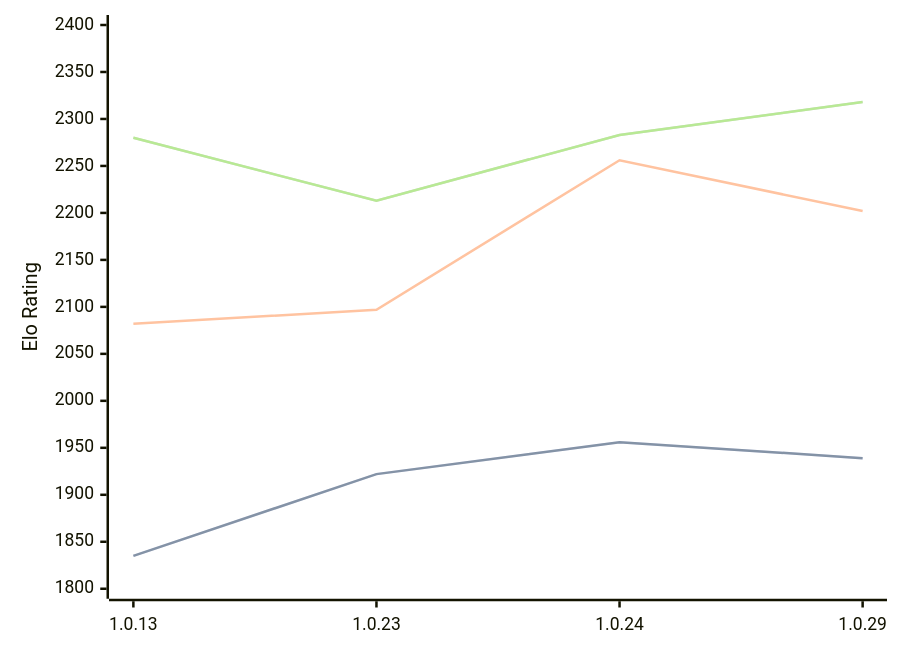
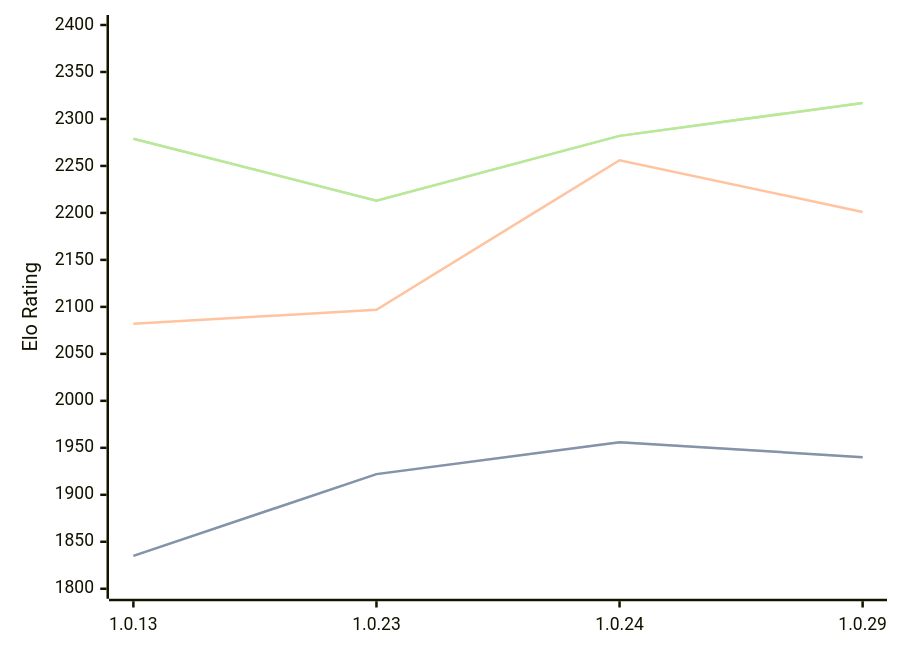
Before and after one commit to computer-chess-index/cci: the diagram in engines/RustyRival.md, drawn with Mermaid. The commit also changed other lines of this file, not shown here.

Commit message:
Update CCI Ratings (ELO VLTC) - 2026-03-09

````diff
--- a/engines/RustyRival.md
+++ b/engines/RustyRival.md
@@ -56,11 +56,11 @@
 ```mermaid
 %%{init: {"theme":"base","themeVariables":{"seriesColors:['#a3a3a3','#222221','#faa371']}}}%%
 xychart-beta
   x-axis ["1.0.13", "1.0.23", "1.0.24", "1.0.29"]
   y-axis "Elo Rating" 1800 --> 2400
-  line "STC (8.0+0.08s)" [1835, 1922, 1956, 1939]
-  line "STC (8.0+0.08s)" [1835, 1922, 1956, 1939]
-  line "LTC (60.0+0.60s)" [2082, 2097, 2256, 2202]
-  line "VLTC (2m24s+1.12s)" [2280, 2213, 2283, 2318]
-  line "VLTC (2m24s+1.12s)" [2280, 2213, 2283, 2318]
+  line "STC (8.0+0.08s)" [1835, 1922, 1956, 1940]
+  line "STC (8.0+0.08s)" [1835, 1922, 1956, 1940]
+  line "LTC (60.0+0.60s)" [2082, 2097, 2256, 2201]
+  line "VLTC (2m24s+1.12s)" [2279, 2213, 2282, 2317]
+  line "VLTC (2m24s+1.12s)" [2279, 2213, 2282, 2317]
 ```
````
